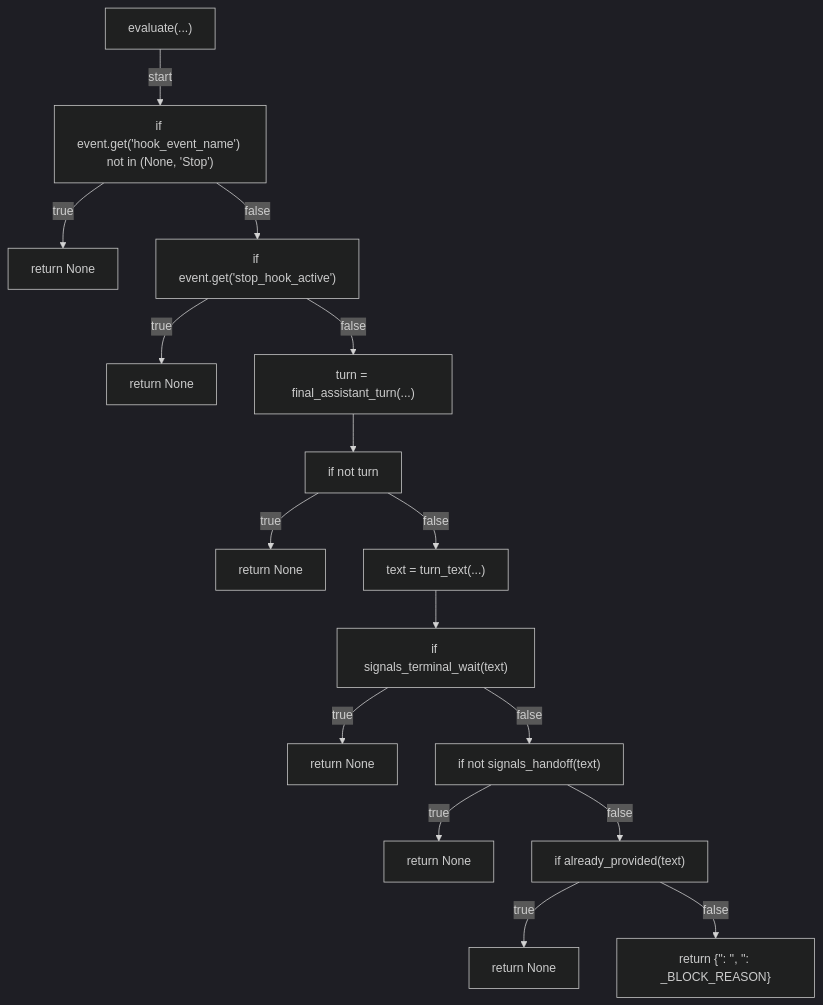
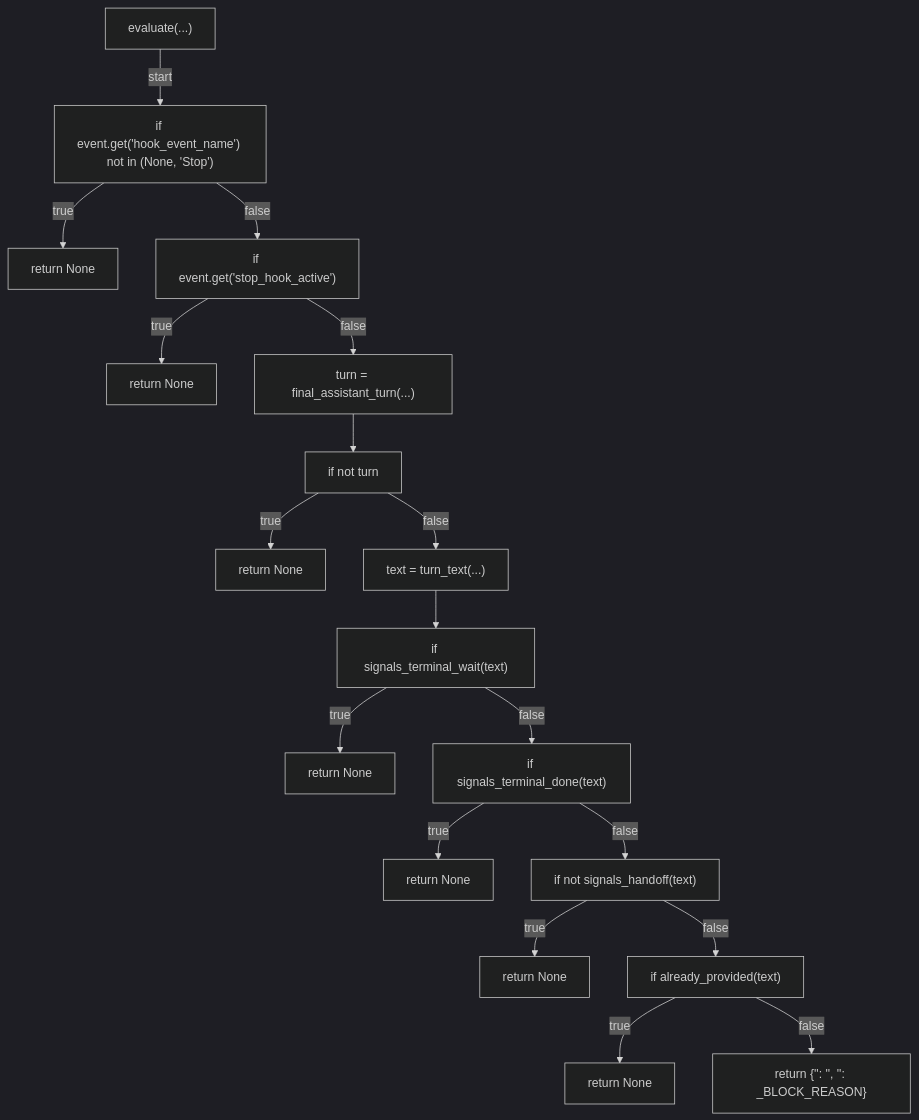
Before and after one commit to tvna/claude-md: diagram 12 of 14 in docs/generated/scripts/ast/stop_new_session_handoff_prompt.md, drawn with Mermaid (dark theme). The commit also changed other lines of this file, not shown here.

First line of the commit message:
docs(generated): regenerate decision tree and workflow diagrams

````diff
--- a/docs/generated/scripts/ast/stop_new_session_handoff_prompt.md
+++ b/docs/generated/scripts/ast/stop_new_session_handoff_prompt.md
@@ -128,34 +171,38 @@
 ```mermaid
 flowchart TD
     N001["evaluate(...)"]
     N002["if event.get('hook_event_name') not in (None, 'Stop')"]
     N003["return None"]
     N004["if event.get('stop_hook_active')"]
     N005["return None"]
     N006["turn = final_assistant_turn(...)"]
     N007["if not turn"]
     N008["return None"]
     N009["text = turn_text(...)"]
     N010["if signals_terminal_wait(text)"]
     N011["return None"]
-    N012["if not signals_handoff(text)"]
+    N012["if signals_terminal_done(text)"]
     N013["return None"]
-    N014["if already_provided(text)"]
+    N014["if not signals_handoff(text)"]
     N015["return None"]
-    N016["return {'<str>': '<str>', '<str>': _BLOCK_REASON}"]
+    N016["if already_provided(text)"]
+    N017["return None"]
+    N018["return {'<str>': '<str>', '<str>': _BLOCK_REASON}"]
     N001 -->|"start"| N002
     N002 -->|"true"| N003
     N002 -->|"false"| N004
     N004 -->|"true"| N005
     N004 -->|"false"| N006
     N006 --> N007
     N007 -->|"true"| N008
     N007 -->|"false"| N009
     N009 --> N010
     N010 -->|"true"| N011
     N010 -->|"false"| N012
     N012 -->|"true"| N013
     N012 -->|"false"| N014
     N014 -->|"true"| N015
     N014 -->|"false"| N016
+    N016 -->|"true"| N017
+    N016 -->|"false"| N018
 ```
````
